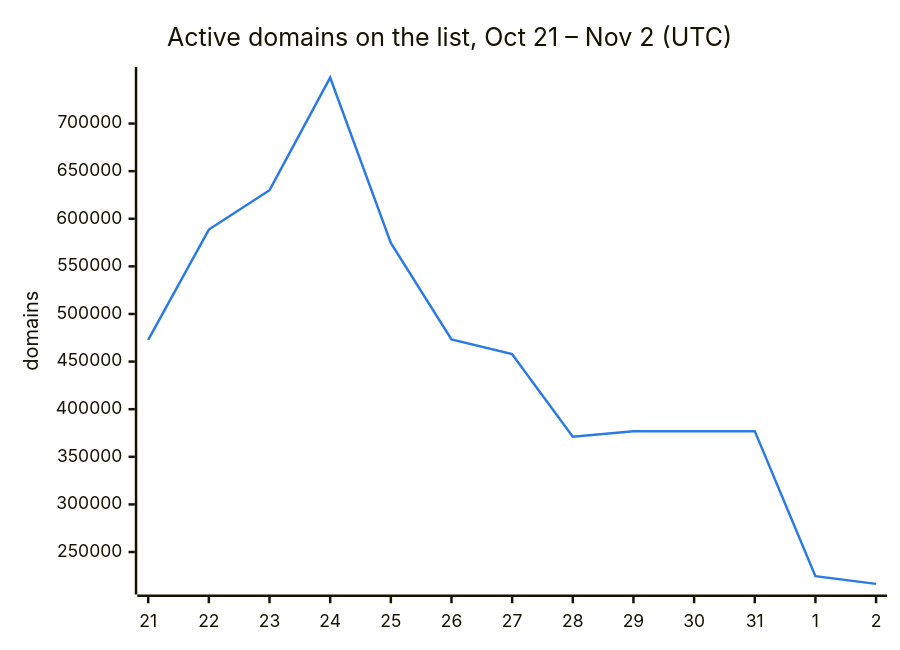
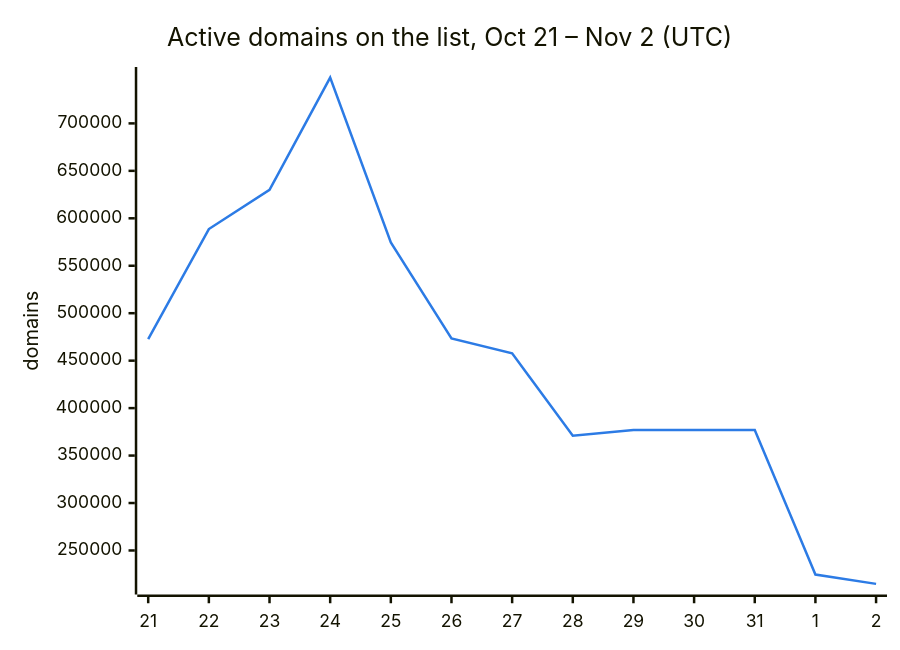
The second of 3 diagrams in README.md (DNSBunker/CTI), drawn with Mermaid before and after one commit. The commit also changed other lines of this file and 3 other files, not shown here.

````diff
--- a/README.md
+++ b/README.md
@@ -38,8 +38,8 @@
 ```mermaid
 %%{init: {"themeVariables": {"xyChart": {"plotColorPalette": "#2c7be5"}}}}%%
 xychart-beta
     title "Active domains on the list, Oct 21 – Nov 2 (UTC)"
     x-axis ["21", "22", "23", "24", "25", "26", "27", "28", "29", "30", "31", "1", "2"]
     y-axis "domains"
-    line [472713, 588659, 629951, 748222, 574614, 473331, 457795, 371010, 376945, 376945, 376945, 224607, 216538]
+    line [472713, 588659, 629951, 748222, 574614, 473331, 457795, 371010, 376945, 376945, 376945, 224607, 214809]
 ```
````
